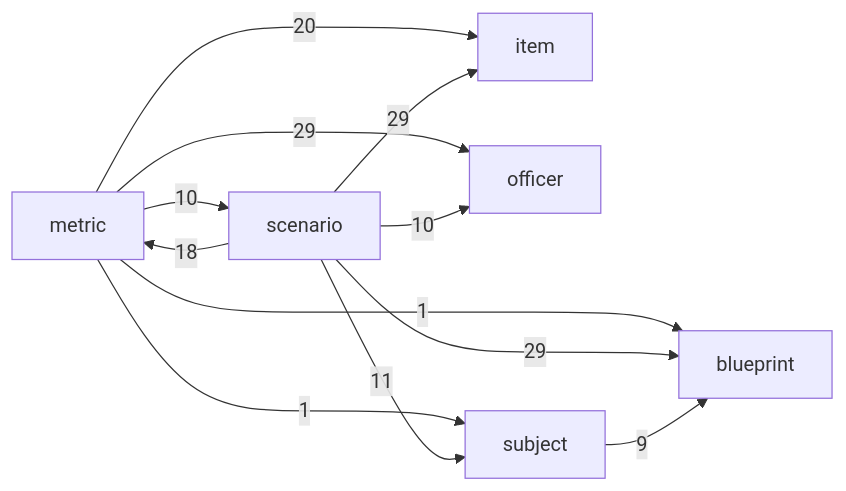
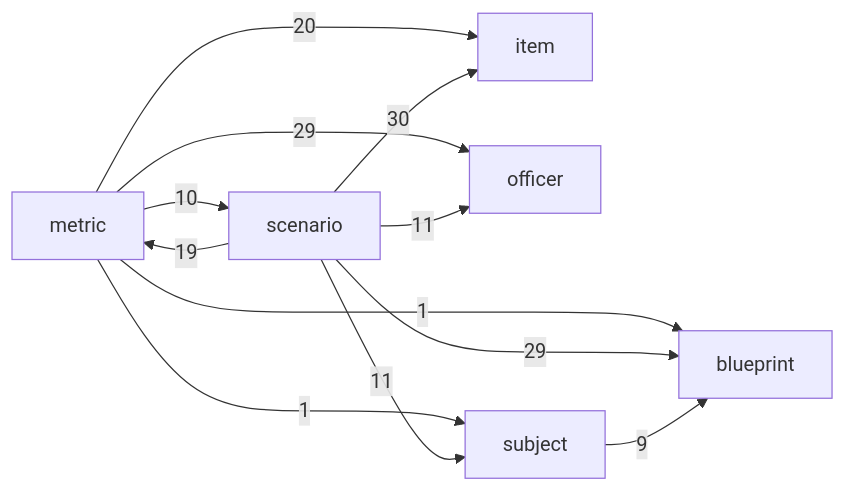
The diagram in docs/architecture.md (geraldmaron/tactically-idle), drawn with Mermaid before and after one commit. The commit also changed other lines of this file and 1 other file, not shown here.

First line of the commit message:
Give board-suggestions an owner in the manifest and regenerate the architecture doc

````diff
--- a/docs/architecture.md
+++ b/docs/architecture.md
@@ -40,14 +40,14 @@
 ```mermaid
 flowchart LR
   metric -->|1| blueprint
   metric -->|20| item
   metric -->|29| officer
   metric -->|10| scenario
   metric -->|1| subject
   scenario -->|29| blueprint
-  scenario -->|29| item
-  scenario -->|18| metric
-  scenario -->|10| officer
+  scenario -->|30| item
+  scenario -->|19| metric
+  scenario -->|11| officer
   scenario -->|11| subject
   subject -->|9| blueprint
 ```
````
